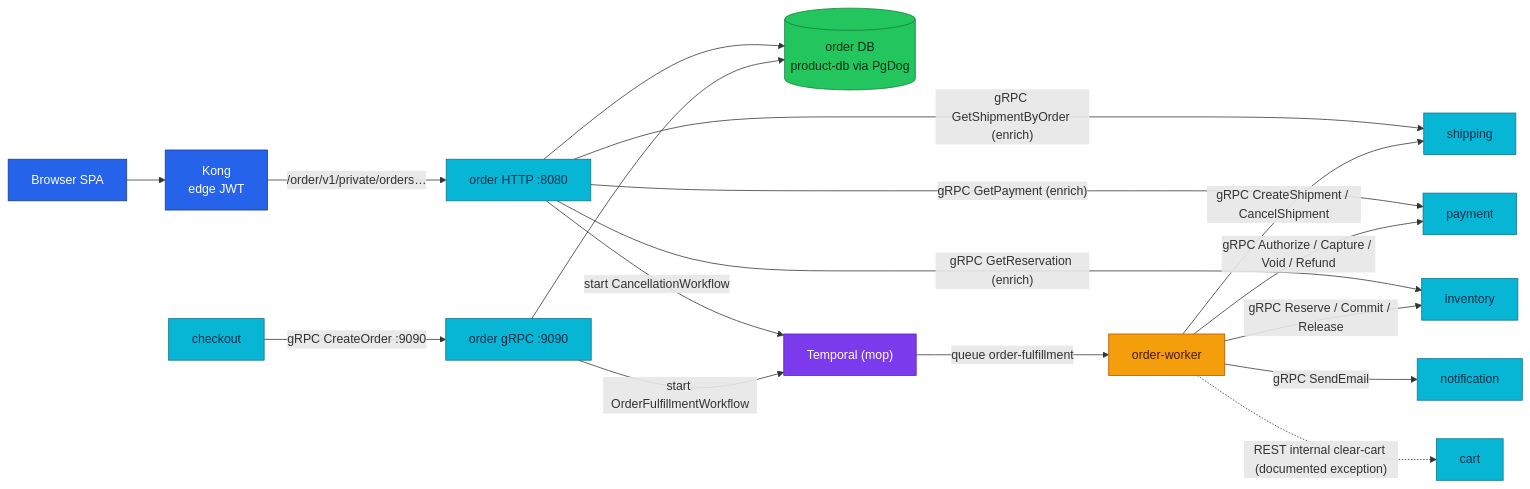
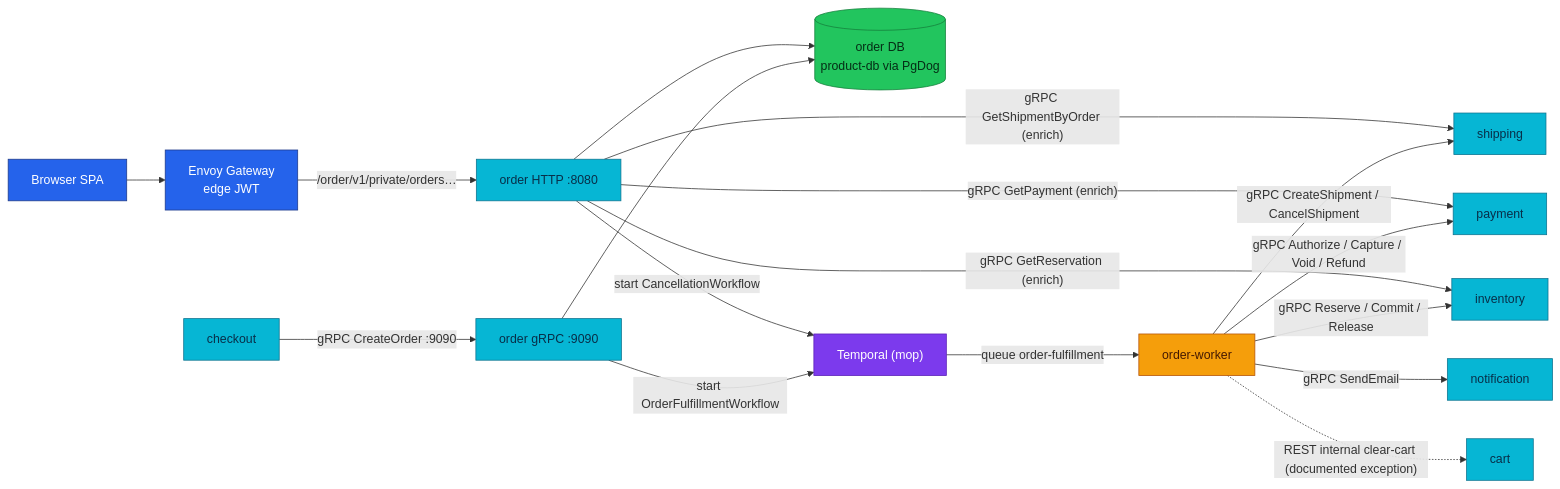
One commit to duynhlab/homelab changed the first of 2 diagrams in docs/api/order.md. Above: the diagram before and after it, drawn with Mermaid. The commit also changed other lines of this file and 28 other files, not shown here.

````diff
--- a/docs/api/order.md
+++ b/docs/api/order.md
@@ -65,30 +65,30 @@
 ```mermaid
 flowchart LR
-    SPA["Browser SPA"] --> Kong["Kong<br/>edge JWT"]
-    Kong -->|"/order/v1/private/orders…"| Order["order HTTP :8080"]
+    SPA["Browser SPA"] --> Edge["Envoy Gateway<br/>edge JWT"]
+    Edge -->|"/order/v1/private/orders…"| Order["order HTTP :8080"]
     CK["checkout"] -->|"gRPC CreateOrder :9090"| OrderG["order gRPC :9090"]
     Order --> DB[("order DB<br/>product-db via PgDog")]
     OrderG --> DB
     Order -->|"gRPC GetShipmentByOrder (enrich)"| SHIP[shipping]
     Order -->|"gRPC GetPayment (enrich)"| PAY[payment]
     Order -->|"gRPC GetReservation (enrich)"| INV
     Order -->|"start CancellationWorkflow"| TMP["Temporal (mop)"]
     OrderG -->|"start OrderFulfillmentWorkflow"| TMP
     TMP -->|"queue order-fulfillment"| W["order-worker"]
     W -->|"gRPC Reserve / Commit / Release"| INV[inventory]
     W -->|"gRPC CreateShipment / CancelShipment"| SHIP
     W -->|"gRPC Authorize / Capture / Void / Refund"| PAY
     W -->|"gRPC SendEmail"| NOTIF[notification]
     W -.->|"REST internal clear-cart (documented exception)"| CART[cart]
 
     classDef edge fill:#2563eb,color:#fff,stroke:#1e3a8a;
     classDef service fill:#06b6d4,color:#082f49,stroke:#0e7490;
     classDef worker fill:#f59e0b,color:#451a03,stroke:#b45309;
     classDef platform fill:#7c3aed,color:#fff,stroke:#5b21b6;
     classDef data fill:#22c55e,color:#052e16,stroke:#15803d;
-    class SPA,Kong edge;
+    class SPA,Edge edge;
     class Order,OrderG,CK,INV,SHIP,PAY,NOTIF,CART service;
     class W worker;
     class TMP platform;
     class DB data;
 ```
````
